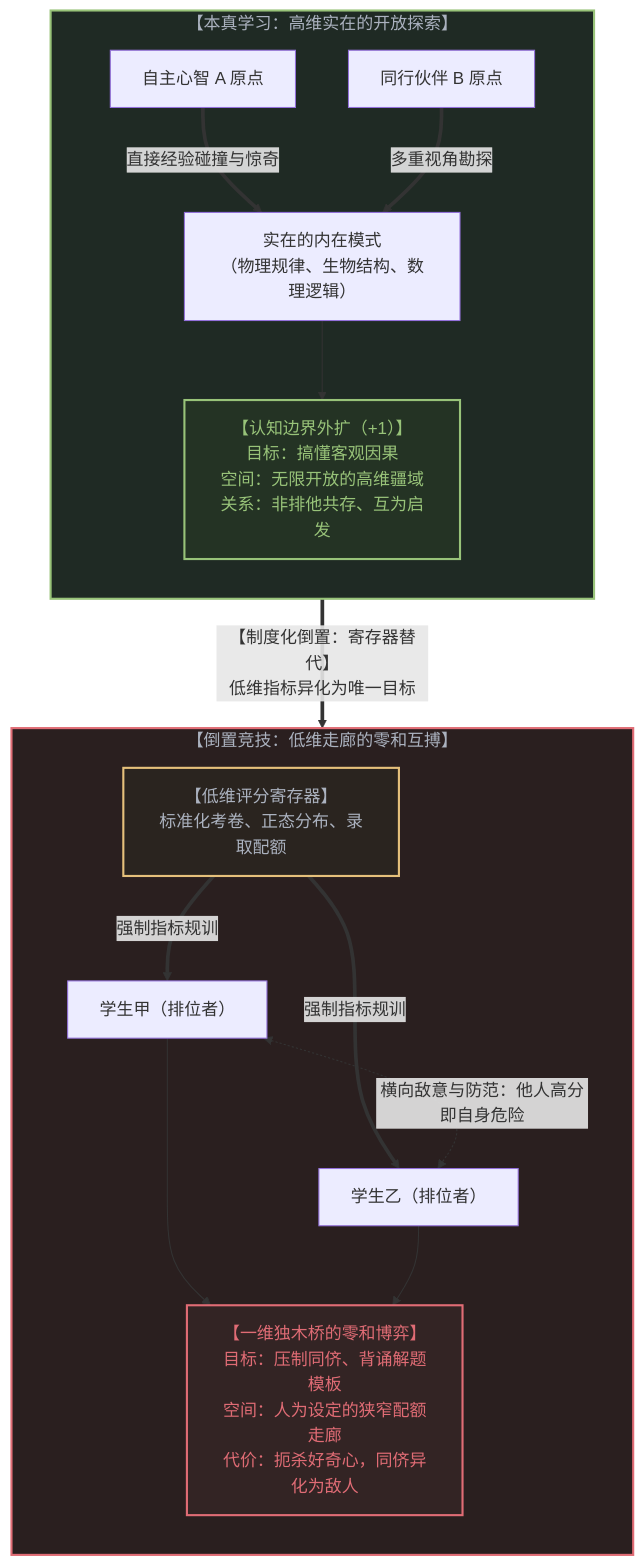
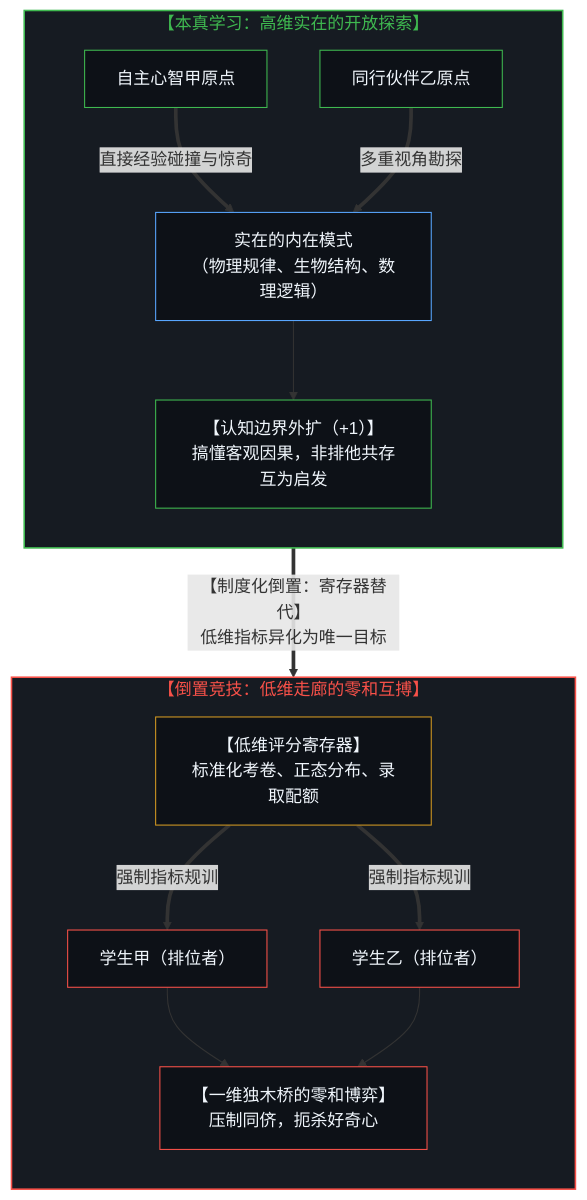
The fifth of 10 diagrams in content/posts/the-reversal-of-education-and-science.md (powerpig99/not-a-toe), drawn with Mermaid before and after one commit. The commit also changed other lines of this file and 11 other files, not shown here.

````diff
--- a/content/posts/the-reversal-of-education-and-science.md
+++ b/content/posts/the-reversal-of-education-and-science.md
@@ -193,36 +215,40 @@
 ```mermaid
-graph TD
-    subgraph GenuineLearning["【本真学习：高维实在的开放探索】"]
+flowchart TD
+    subgraph S_Genuine["【本真学习：高维实在的开放探索】"]
         direction TB
-        MindA["自主心智 A 原点"]
-        MindB["同行伙伴 B 原点"]
-        Patterns["实在的内在模式<br>（物理规律、生物结构、数理逻辑）"]
-        Expansion["【认知边界外扩（+1）】<br>目标：搞懂客观因果<br>空间：无限开放的高维疆域<br>关系：非排他共存、互为启发"]
+        MindA["自主心智甲原点"]
+        MindB["同行伙伴乙原点"]
+        Patterns["实在的内在模式<br/>（物理规律、生物结构、数理逻辑）"]
+        Expansion["【认知边界外扩（+1）】<br/>搞懂客观因果，非排他共存互为启发"]
 
         MindA ==>|"直接经验碰撞与惊奇"| Patterns
         MindB ==>|"多重视角勘探"| Patterns
         Patterns --> Expansion
     end
 
-    GenuineLearning ==>|"【制度化倒置：寄存器替代】<br>低维指标异化为唯一目标"| InvertedArena
+    S_Genuine ==>|"【制度化倒置：寄存器替代】<br/>低维指标异化为唯一目标"| S_Arena
 
-    subgraph InvertedArena["【倒置竞技：低维走廊的零和互搏】"]
+    subgraph S_Arena["【倒置竞技：低维走廊的零和互搏】"]
         direction TB
-        ExamRegister["【低维评分寄存器】<br>标准化考卷、正态分布、录取配额"]
+        ExamRegister["【低维评分寄存器】<br/>标准化考卷、正态分布、录取配额"]
         StudentA["学生甲（排位者）"]
         StudentB["学生乙（排位者）"]
-        ZeroSumResult["【一维独木桥的零和博弈】<br>目标：压制同侪、背诵解题模板<br>空间：人为设定的狭窄配额走廊<br>代价：扼杀好奇心，同侪异化为敌人"]
+        ZeroSumResult["【一维独木桥的零和博弈】<br/>压制同侪，扼杀好奇心"]
 
         ExamRegister ==>|"强制指标规训"| StudentA
         ExamRegister ==>|"强制指标规训"| StudentB
-        StudentA <-.->|"横向敌意与防范：他人高分即自身危险"| StudentB
         StudentA --> ZeroSumResult
         StudentB --> ZeroSumResult
     end
 
-    style GenuineLearning fill:#1f2a24,stroke:#98c379,stroke-width:2px,color:#abb2bf
-    style InvertedArena fill:#2a1f1f,stroke:#e06c75,stroke-width:2px,color:#abb2bf
-    style Expansion fill:#243324,stroke:#98c379,stroke-width:2px,color:#98c379
-    style ZeroSumResult fill:#332424,stroke:#e06c75,stroke-width:2px,color:#e06c75
-    style ExamRegister fill:#2a241f,stroke:#e5c07b,stroke-width:2px,color:#abb2bf
+    style S_Genuine fill:#161b22,stroke:#3fb950,stroke-width:1.5px,color:#3fb950
+    style S_Arena fill:#161b22,stroke:#f85149,stroke-width:1.5px,color:#f85149
+    style MindA fill:#0d1117,stroke:#3fb950,stroke-width:1px,color:#f0f6fc
+    style MindB fill:#0d1117,stroke:#3fb950,stroke-width:1px,color:#f0f6fc
+    style Patterns fill:#0d1117,stroke:#58a6ff,stroke-width:1px,color:#f0f6fc
+    style Expansion fill:#0d1117,stroke:#3fb950,stroke-width:1px,color:#f0f6fc
+    style ExamRegister fill:#0d1117,stroke:#d29922,stroke-width:1px,color:#f0f6fc
+    style StudentA fill:#0d1117,stroke:#f85149,stroke-width:1px,color:#f0f6fc
+    style StudentB fill:#0d1117,stroke:#f85149,stroke-width:1px,color:#f0f6fc
+    style ZeroSumResult fill:#0d1117,stroke:#f85149,stroke-width:1px,color:#f0f6fc
 ```
````
